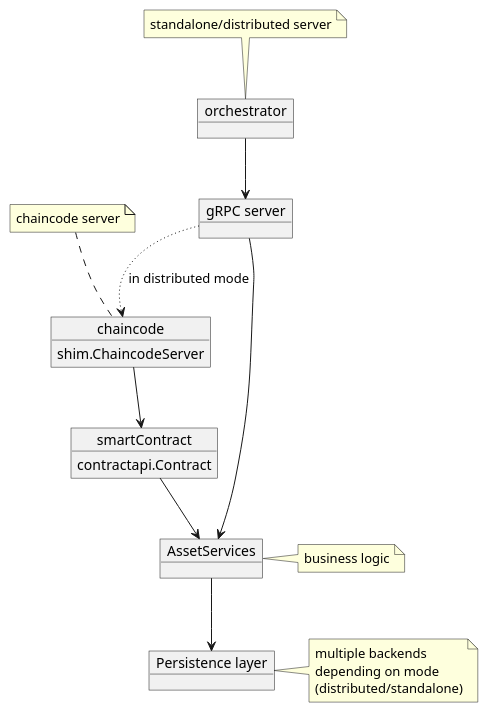
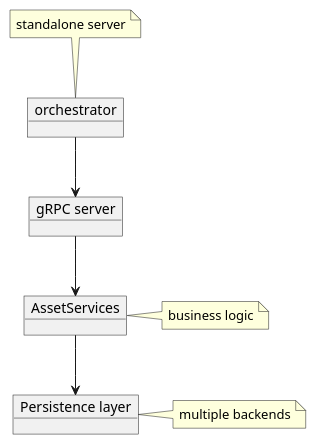
One commit to Substra/orchestrator changed the diagram in docs/schemas/archi.plantuml. Above: the diagram before and after it, drawn with PlantUML. The commit also changed 3 other files, not shown here.

```diff
--- a/docs/schemas/archi.plantuml
+++ b/docs/schemas/archi.plantuml
@@ -1,35 +1,22 @@
 @startuml
 object "orchestrator" as os
-Note top of os: standalone/distributed server
+Note top of os: standalone server
 
 
-object chaincode {
-  shim.ChaincodeServer
-}
-note top of chaincode: chaincode server
-
 object "gRPC server" as grpc
-object "smartContract" as sc {
-  contractapi.Contract
-}
 object "AssetServices" as services
 note right of services
 business logic
 end note
 
 object "Persistence layer" as db
 
 os --> grpc
 grpc --> services
-grpc -[dotted]-> chaincode: in distributed mode
-chaincode --> sc
-sc --> services
 services --> db
 
 note right of db
 multiple backends
-depending on mode
-(distributed/standalone)
 end note
 
 @enduml
```
